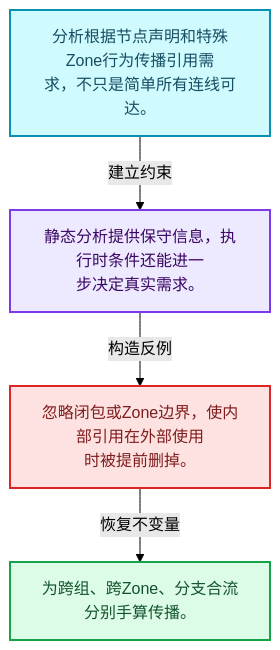
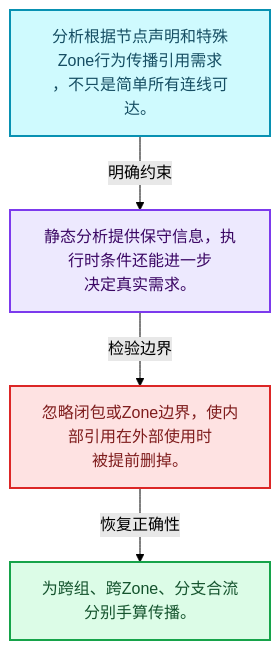
The first of 4 diagrams in 杂/markdown/全面学习-codex/10-引用生命周期与Closure/03-节点树生命周期分析.md (yunkezengren/blender-.vscode), drawn with Mermaid (forest theme) before and after one commit. The commit also changed other lines of this file and 1930 other files, not shown here.

````diff
--- a/杂/markdown/全面学习-codex/10-引用生命周期与Closure/03-节点树生命周期分析.md
+++ b/杂/markdown/全面学习-codex/10-引用生命周期与Closure/03-节点树生命周期分析.md
@@ -29,16 +29,16 @@
 ```mermaid
 flowchart TB
-  M["分析根据节点声明和特殊Zone行为传播引用需<br/>求，不只是简单所有连线可达。"]:::data
-  T["静态分析提供保守信息，执行时条件还能进一<br/>步决定真实需求。"]:::abstraction
-  X["忽略闭包或Zone边界，使内部引用在外部使用<br/>时被提前删掉。"]:::error
-  A["为跨组、跨Zone、分支合流分别手算传播。"]:::result
-  M -->|"建立约束"| T
-  T -->|"构造反例"| X
-  X -->|"恢复不变量"| A
+  M["分析根据节点声明和特殊Zone行为传播引用需求<br/>，不只是简单所有连线可达。"]:::data
+  C["静态分析提供保守信息，执行时条件还能进一步<br/>决定真实需求。"]:::abstraction
+  B["忽略闭包或Zone边界，使内部引用在外部使用时<br/>被提前删掉。"]:::error
+  R["为跨组、跨Zone、分支合流分别手算传播。"]:::result
+  M -->|"明确约束"| C
+  C -->|"检验边界"| B
+  B -->|"恢复正确性"| R
   classDef input fill:#DBEAFE,stroke:#2563EB,color:#172554,stroke-width:2px;
   classDef data fill:#CFFAFE,stroke:#0891B2,color:#164E63,stroke-width:2px;
   classDef abstraction fill:#EDE9FE,stroke:#7C3AED,color:#3B0764,stroke-width:2px;
   classDef compute fill:#FEF3C7,stroke:#D97706,color:#78350F,stroke-width:2px;
   classDef result fill:#DCFCE7,stroke:#16A34A,color:#14532D,stroke-width:2px;
   classDef error fill:#FEE2E2,stroke:#DC2626,color:#7F1D1D,stroke-width:2px;
 ```
````
